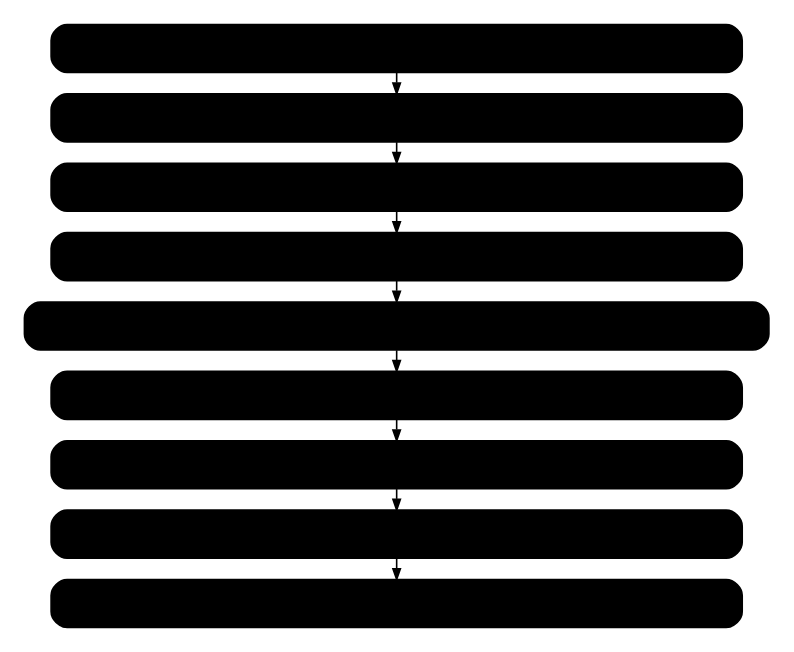
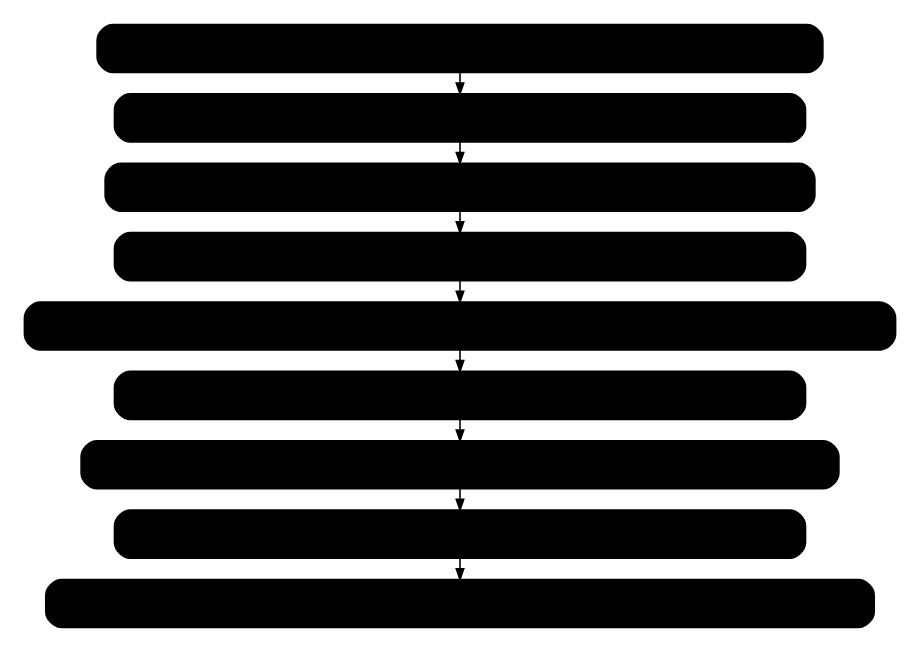
One commit to IortaTexhNXT-DEV/FinVerse changed the diagram in docs/deliverables/src/migration/figures/dm_cutover_weekend.dot. Above: the diagram before and after it, drawn with Graphviz. The commit also changed 43 other files, not shown here.

```diff
--- a/docs/deliverables/src/migration/figures/dm_cutover_weekend.dot
+++ b/docs/deliverables/src/migration/figures/dm_cutover_weekend.dot
@@ -1,17 +1,17 @@
-// BRD-13 Cutover Runbook: the cutover weekend (T = Monday 3 January 2028, proposed; times PHT).
+// BRD-13 Cutover Runbook: the cutover weekend (T = Monday 3 January 2028, recommended; times PHT).
 digraph dm_weekend {
   graph [rankdir=TB, fontname="Arial", nodesep=0.3, ranksep=0.22, bgcolor="white", pad=0.15];
   node  [shape=box, style="rounded,filled", color="@HEADER_BLUE", penwidth=1.2, fontname="Arial",
          fontsize=12, fontcolor="@NEAR_BLACK", width=7.2, height=0.5, margin="0.14,0.05", fillcolor="@WHITE"];
   edge  [color="@HEADER_BLUE", arrowsize=0.8, penwidth=1.2];
-  w1 [label=<<b>Wed T-5 (29 Dec) 17:00</b>   last legacy business day; branches close; GNG-2 done>, fillcolor="@AMBER_BG"];
-  f1 [label=<<b>Fri T-3 (31 Dec) 20:00</b>   last legacy EOD and year-end close>, fillcolor="@AMBER_BG"];
-  f2 [label=<<b>Fri T-3 22:00</b>   legacy freeze (read-only); final client delta; final extracts start>, fillcolor="@AMBER_BG"];
+  w1 [label=<<b>Wed T-5 (29 Dec) 17:00</b>   last legacy business day; branches close; GNG-2 done; final RA-sent file>, fillcolor="@AMBER_BG"];
+  f1 [label=<<b>Fri T-3 (31 Dec) 20:00</b>   last legacy EOD; preliminary December TB>, fillcolor="@AMBER_BG"];
+  f2 [label=<<b>Fri T-3 22:00</b>   legacy freeze (business read-only; GL for FY2027 adjustments only); final extracts>, fillcolor="@AMBER_BG"];
   s1 [label=<<b>Sat T-2 (1 Jan) 02:00</b>   rollback point - production database snapshot>, fillcolor="@DANGER_BG", color="@DANGER"];
-  s2 [label=<<b>Sat T-2 03:00-17:00</b>   intake checks; headers, open invoices, UPP, collection state, GL, RMEL cohorts>, fillcolor="@BG_BLUE"];
+  s2 [label=<<b>Sat T-2 03:00-17:00</b>   intake checks; headers, open invoices, UPP, collection state, provisional GL opening, RA-sent file>, fillcolor="@BG_BLUE"];
   s3 [label=<<b>Sat T-2 18:00 to Sun 04:00</b>   reconciliation L1-L5; Migration Clearing 0.00; breaks (G5)>, fillcolor="@BG_BLUE"];
-  u1 [label=<<b>Sun T-1 (2 Jan) 06:00-15:00</b>   screening run; business verification (G6); smoke test>, fillcolor="@BG_BLUE"];
+  u1 [label=<<b>Sun T-1 (2 Jan) 06:00-15:00</b>   screening run; P03 resubmissions; business verification (G6); smoke test>, fillcolor="@BG_BLUE"];
   u2 [label=<<b>Sun T-1 18:00</b>   go / no-go GNG-3 (NO-GO: rollback; legacy reopens Monday)>, fillcolor="@DANGER_BG", color="@DANGER"];
-  m1 [label=<<b>Mon T (3 Jan) 08:00</b>   BIBS open for business; hypercare; 18:00 point of no return>, fillcolor="@SUCCESS_BG", color="@SUCCESS"];
+  m1 [label=<<b>Mon T (3 Jan) 04:00</b>   renewal go-live extraction; 08:00 BIBS open; day-1 renewal queue; 18:00 point of no return>, fillcolor="@SUCCESS_BG", color="@SUCCESS"];
   w1 -> f1 -> f2 -> s1 -> s2 -> s3 -> u1 -> u2 -> m1;
 }
```
